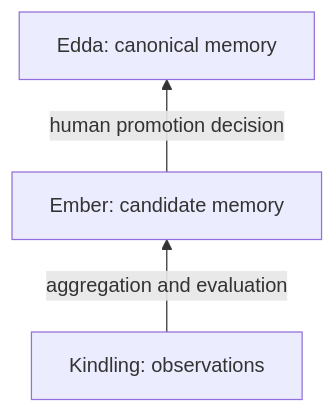
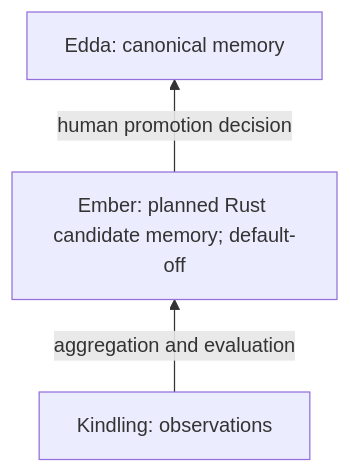
One commit to eddacraft/eddacraft-tui changed the diagram in docs/architecture/edda-stack.md. Above: the diagram before and after it, drawn with Mermaid. The commit also changed other lines of this file and 82 other files, not shown here.

First line of the commit message:
refactor: retire JavaScript Ember and default-disable its CLI surface

````diff
--- a/docs/architecture/edda-stack.md
+++ b/docs/architecture/edda-stack.md
@@ -49,5 +50,5 @@
 ```mermaid
 flowchart BT
-    Kindling[Kindling: observations] -->|aggregation and evaluation| Ember[Ember: candidate memory]
+    Kindling[Kindling: observations] -->|aggregation and evaluation| Ember["Ember: planned Rust candidate memory; default-off"]
     Ember -->|human promotion decision| Edda[Edda: canonical memory]
 ```
````
